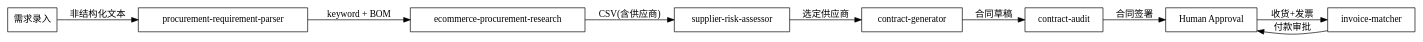
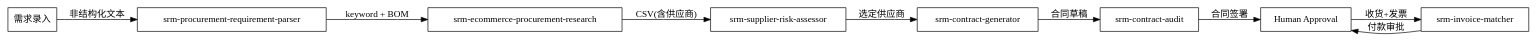
The first of 3 diagrams in docs/SKILLS.md (techwolf139/srm), drawn with Graphviz before and after one commit. The commit also changed other lines of this file and 48 other files, not shown here.

````diff
--- a/docs/SKILLS.md
+++ b/docs/SKILLS.md
@@ -422,15 +421,15 @@
 ```dot
 digraph procurement_lifecycle {
     rankdir=LR;
     node [shape=box];
     
-    "需求录入" -> "procurement-requirement-parser" [label="非结构化文本"];
-    "procurement-requirement-parser" -> "ecommerce-procurement-research" [label="keyword + BOM"];
-    "ecommerce-procurement-research" -> "supplier-risk-assessor" [label="CSV(含供应商)"];
-    "supplier-risk-assessor" -> "contract-generator" [label="选定供应商"];
-    "contract-generator" -> "contract-audit" [label="合同草稿"];
-    "contract-audit" -> "Human Approval" [label="合同签署"];
-    "Human Approval" -> "invoice-matcher" [label="收货+发票"];
-    "invoice-matcher" -> "Human Approval" [label="付款审批"];
+    "需求录入" -> "srm-procurement-requirement-parser" [label="非结构化文本"];
+    "srm-procurement-requirement-parser" -> "srm-ecommerce-procurement-research" [label="keyword + BOM"];
+    "srm-ecommerce-procurement-research" -> "srm-supplier-risk-assessor" [label="CSV(含供应商)"];
+    "srm-supplier-risk-assessor" -> "srm-contract-generator" [label="选定供应商"];
+    "srm-contract-generator" -> "srm-contract-audit" [label="合同草稿"];
+    "srm-contract-audit" -> "Human Approval" [label="合同签署"];
+    "Human Approval" -> "srm-invoice-matcher" [label="收货+发票"];
+    "srm-invoice-matcher" -> "Human Approval" [label="付款审批"];
 }
 ```
````
